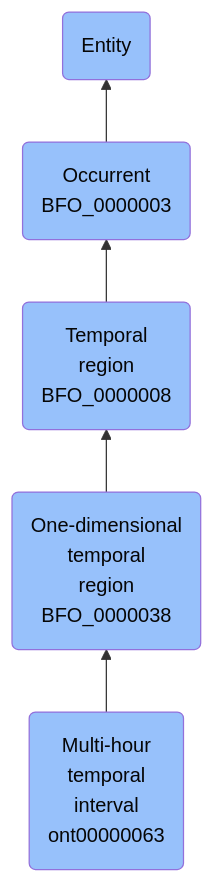
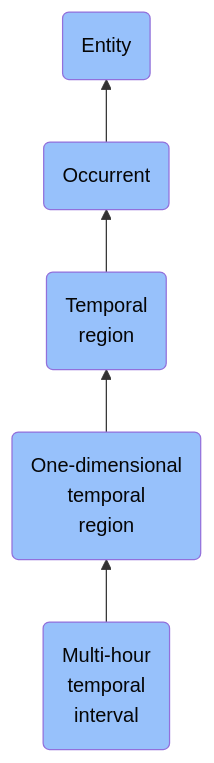
One commit to jupyter-naas/abi changed the diagram in docs/ontology/reference/model/Entity/Occurrent/Temporal region/One-dimensional temporal region/Multi-hour temporal interval/Multi-hour temporal interval.md. Above: the diagram before and after it, drawn with Mermaid. The commit also changed other lines of this file and 1430 other files, not shown here.

````diff
--- a/docs/ontology/reference/model/Entity/Occurrent/Temporal region/One-dimensional temporal region/Multi-hour temporal interval/Multi-hour temporal interval.md
+++ b/docs/ontology/reference/model/Entity/Occurrent/Temporal region/One-dimensional temporal region/Multi-hour temporal interval/Multi-hour temporal interval.md
@@ -24,12 +24,12 @@
 ```mermaid
 graph BT
-    ont00000063(Multi-hour<br>temporal<br>interval<br>ont00000063):::BFO-->BFO_0000038
-    BFO_0000038(One-dimensional<br>temporal<br>region<br>BFO_0000038):::BFO-->BFO_0000008
-    BFO_0000008(Temporal<br>region<br>BFO_0000008):::BFO-->BFO_0000003
-    BFO_0000003(Occurrent<br>BFO_0000003):::BFO-->BFO_0000001
+    ont00000063(Multi-hour<br>temporal<br>interval):::BFO-->BFO_0000038
+    BFO_0000038(One-dimensional<br>temporal<br>region):::BFO-->BFO_0000008
+    BFO_0000008(Temporal<br>region):::BFO-->BFO_0000003
+    BFO_0000003(Occurrent):::BFO-->BFO_0000001
     BFO_0000001(Entity):::BFO
     
     classDef BFO fill:#97c1fb,color:#060606
     classDef CCO fill:#e4c51e,color:#060606
     classDef ABI fill:#48DD82,color:#060606
 ```
````
